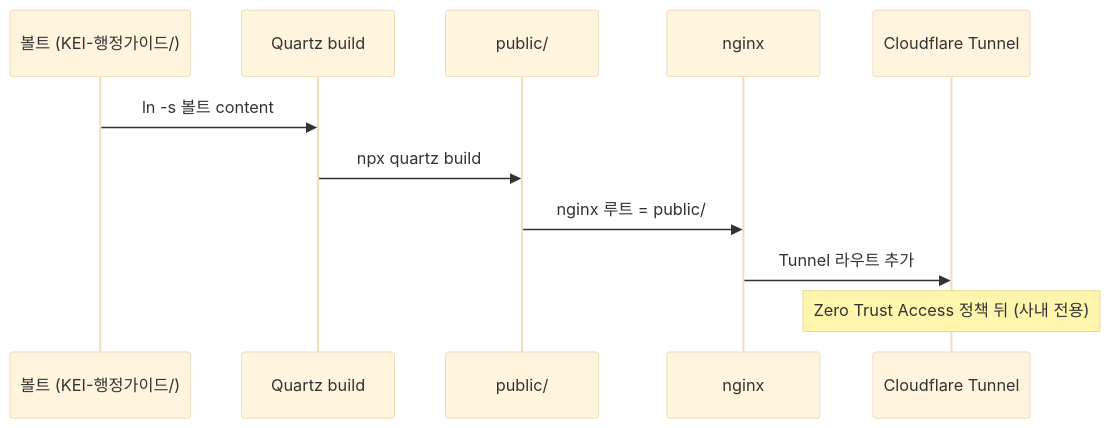
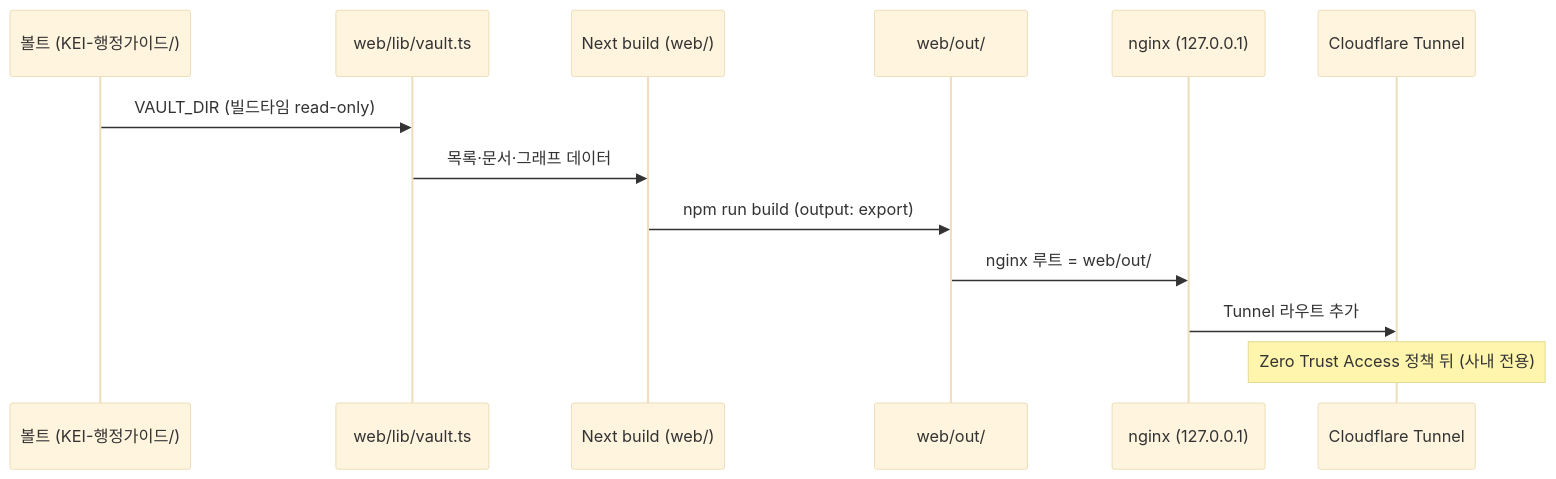
The second of 4 diagrams in docs/06-deployment.md (mooner92/KEIAdminSuperv), drawn with Mermaid (base theme) before and after one commit. The commit also changed other lines of this file and 4 other files, not shown here.

First line of the commit message:
docs: [뇌] 화면 Quartz → Next.js + TDS 이관 반영

````diff
--- a/docs/06-deployment.md
+++ b/docs/06-deployment.md
@@ -92,14 +99,16 @@
 ```mermaid
 sequenceDiagram
     participant V as 볼트 (KEI-행정가이드/)
-    participant Q as Quartz build
-    participant P as public/
-    participant N as nginx
+    participant W as web/lib/vault.ts
+    participant B as Next build (web/)
+    participant O as web/out/
+    participant N as nginx (127.0.0.1)
     participant T as Cloudflare Tunnel
 
-    V->>Q: ln -s 볼트 content
-    Q->>P: npx quartz build
-    P->>N: nginx 루트 = public/
+    V->>W: VAULT_DIR (빌드타임 read-only)
+    W->>B: 목록·문서·그래프 데이터
+    B->>O: npm run build (output: export)
+    O->>N: nginx 루트 = web/out/
     N->>T: Tunnel 라우트 추가
     Note over T: Zero Trust Access 정책 뒤 (사내 전용)
 ```
````
